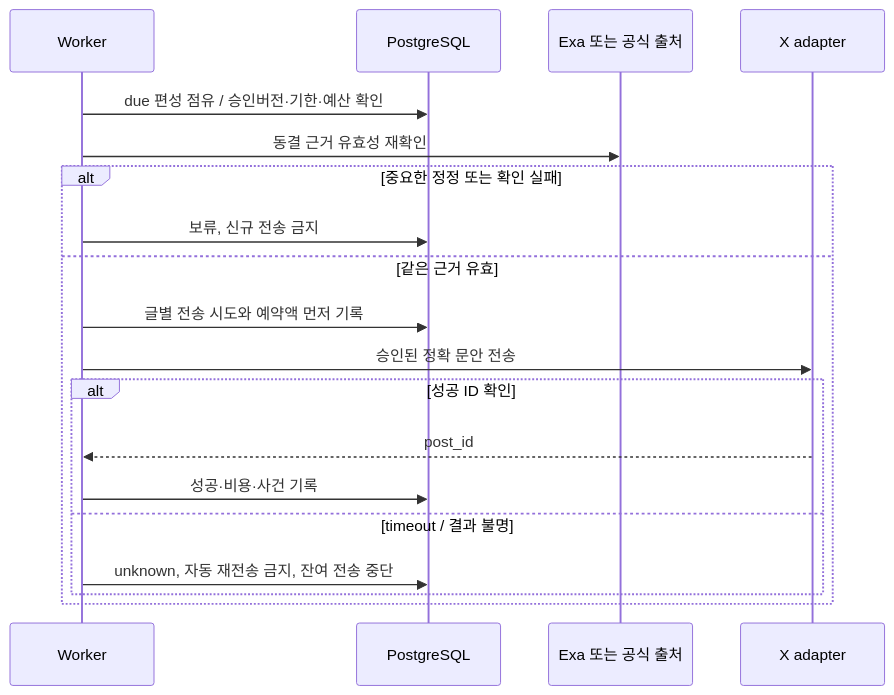
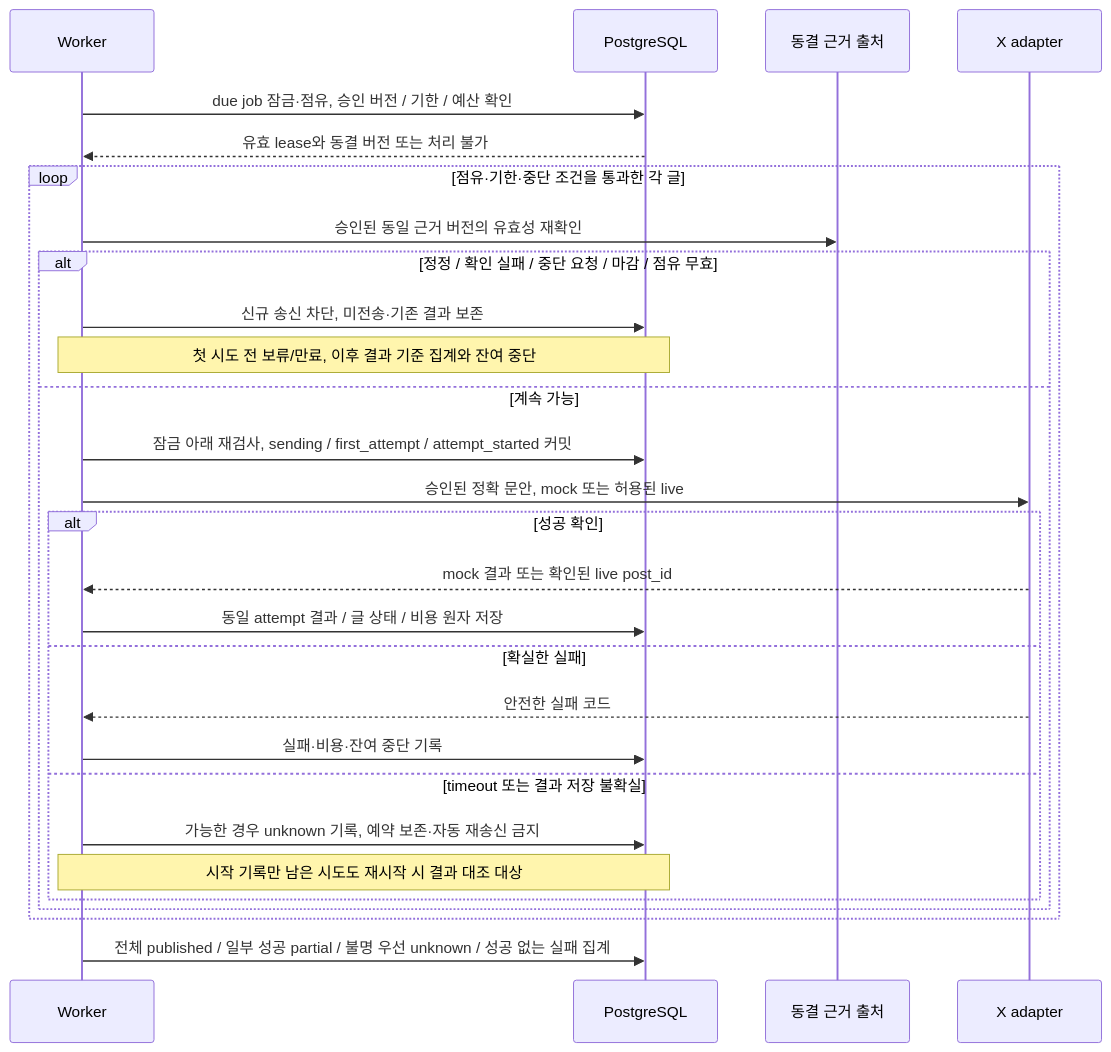
The fifth of 5 diagrams in docs/specifications/시스템_구성과_주요_시퀀스.md (luvulmi/xfolio), drawn with Mermaid before and after one commit. The commit also changed other lines of this file and 9 other files, not shown here.

````diff
--- a/docs/specifications/시스템_구성과_주요_시퀀스.md
+++ b/docs/specifications/시스템_구성과_주요_시퀀스.md
@@ -68,21 +136,30 @@
 ```mermaid
 sequenceDiagram
   participant W as Worker
   participant D as PostgreSQL
-  participant P as Exa 또는 공식 출처
+  participant P as 동결 근거 출처
   participant X as X adapter
-  W->>D: due 편성 점유 / 승인버전·기한·예산 확인
-  W->>P: 동결 근거 유효성 재확인
-  alt 중요한 정정 또는 확인 실패
-    W->>D: 보류, 신규 전송 금지
-  else 같은 근거 유효
-    W->>D: 글별 전송 시도와 예약액 먼저 기록
-    W->>X: 승인된 정확 문안 전송
-    alt 성공 ID 확인
-      X-->>W: post_id
-      W->>D: 성공·비용·사건 기록
-    else timeout / 결과 불명
-      W->>D: unknown, 자동 재전송 금지, 잔여 전송 중단
+  W->>D: due job 잠금·점유, 승인 버전 / 기한 / 예산 확인
+  D-->>W: 유효 lease와 동결 버전 또는 처리 불가
+  loop 점유·기한·중단 조건을 통과한 각 글
+    W->>P: 승인된 동일 근거 버전의 유효성 재확인
+    alt 정정 / 확인 실패 / 중단 요청 / 마감 / 점유 무효
+      W->>D: 신규 송신 차단, 미전송·기존 결과 보존
+      Note over W,D: 첫 시도 전 보류/만료, 이후 결과 기준 집계와 잔여 중단
+    else 계속 가능
+      W->>D: 잠금 아래 재검사, sending / first_attempt / attempt_started 커밋
+      W->>X: 승인된 정확 문안, mock 또는 허용된 live
+      alt 성공 확인
+        X-->>W: mock 결과 또는 확인된 live post_id
+        W->>D: 동일 attempt 결과 / 글 상태 / 비용 원자 저장
+      else 확실한 실패
+        X-->>W: 안전한 실패 코드
+        W->>D: 실패·비용·잔여 중단 기록
+      else timeout 또는 결과 저장 불확실
+        W->>D: 가능한 경우 unknown 기록, 예약 보존·자동 재송신 금지
+        Note over W,D: 시작 기록만 남은 시도도 재시작 시 결과 대조 대상
+      end
     end
   end
+  W->>D: 전체 published / 일부 성공 partial / 불명 우선 unknown / 성공 없는 실패 집계
 ```
````
